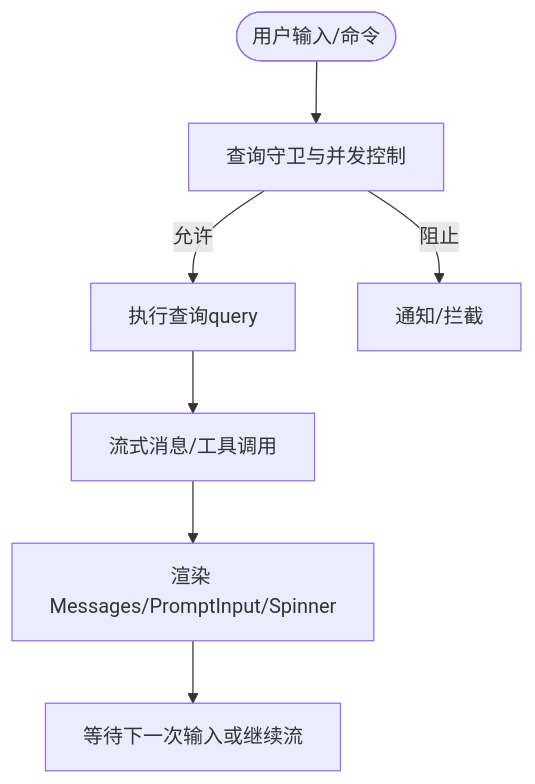
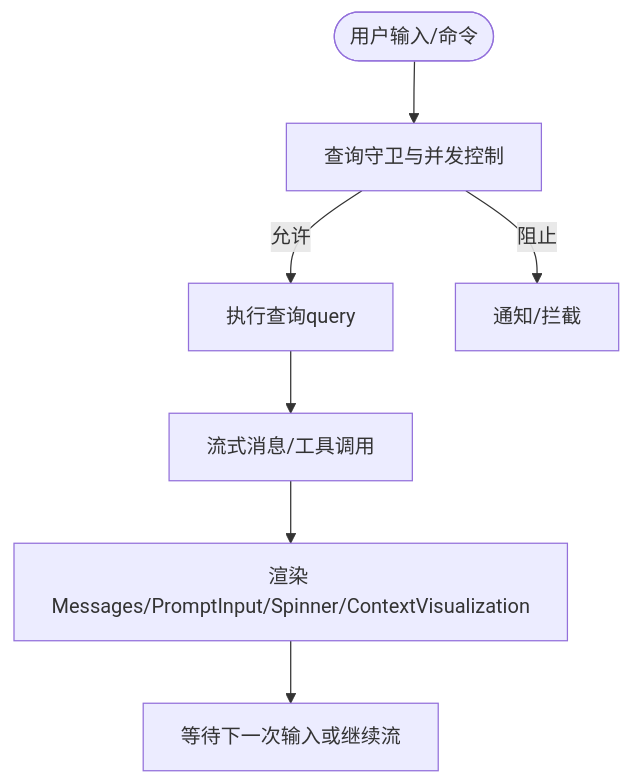
One commit to yuanliu147/claude-code changed the third of 11 diagrams in .qoder/repowiki/zh/content/用户界面系统/用户界面系统.md. Above: the diagram before and after it, drawn with Mermaid. The commit also changed other lines of this file and 5 other files, not shown here.

````diff
--- a/.qoder/repowiki/zh/content/用户界面系统/用户界面系统.md
+++ b/.qoder/repowiki/zh/content/用户界面系统/用户界面系统.md
@@ -122,9 +160,9 @@
 ```mermaid
 flowchart TD
 Start(["用户输入/命令"]) --> Guard["查询守卫与并发控制"]
 Guard --> |允许| Exec["执行查询query"]
 Guard --> |阻止| Notify["通知/拦截"]
 Exec --> Stream["流式消息/工具调用"]
-Stream --> Render["渲染 Messages/PromptInput/Spinner"]
+Stream --> Render["渲染 Messages/PromptInput/Spinner/ContextVisualization"]
 Render --> Next["等待下一次输入或继续流"]
 ```
````
